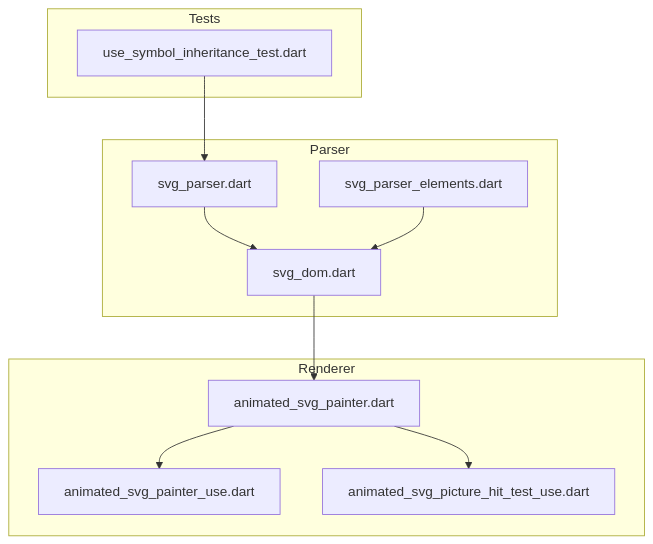
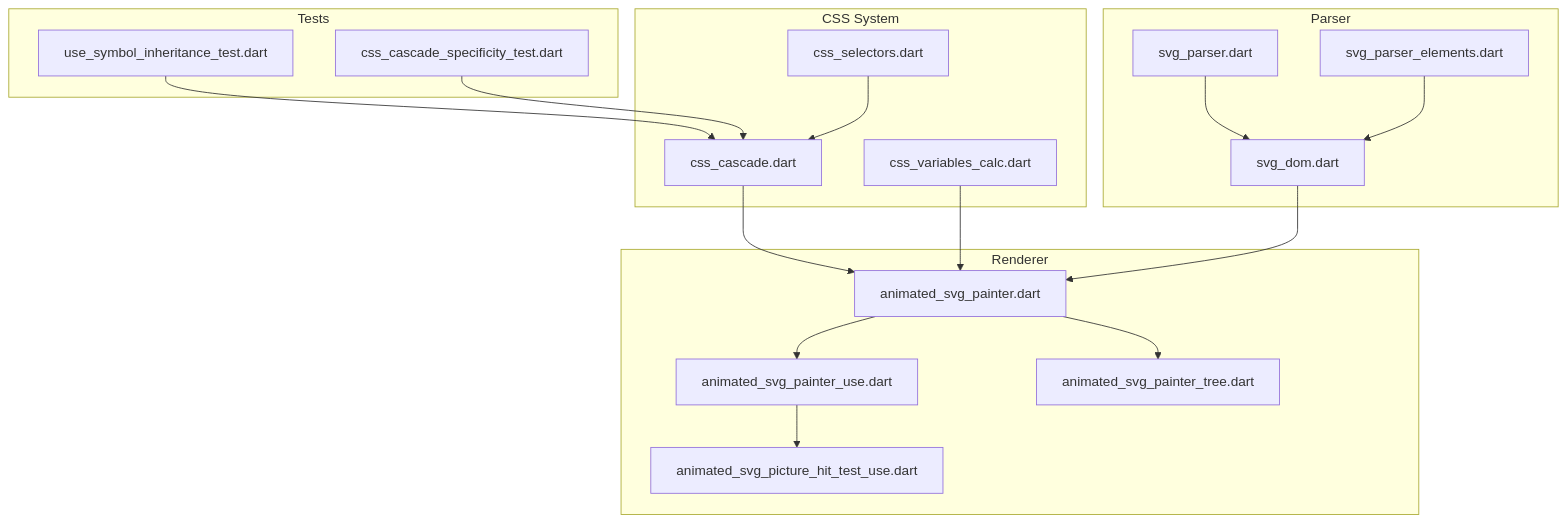
Before and after one commit to denisnadey/flutter_full_svg_support: the first of 10 diagrams in .qoder/repowiki/en/content/Advanced Features/Use Element Symbol Inheritance.md, drawn with Mermaid. The commit also changed other lines of this file and 30 other files, not shown here.

First line of the commit message:
feat(svg): enhance use element symbol inheritance with full CSS cascade support

````diff
--- a/.qoder/repowiki/en/content/Advanced Features/Use Element Symbol Inheritance.md
+++ b/.qoder/repowiki/en/content/Advanced Features/Use Element Symbol Inheritance.md
@@ -36,22 +53,34 @@
 ```mermaid
 graph TB
 subgraph "Tests"
 T1["use_symbol_inheritance_test.dart"]
+T2["css_cascade_specificity_test.dart"]
+end
+subgraph "CSS System"
+C1["css_cascade.dart"]
+C2["css_selectors.dart"]
+C3["css_variables_calc.dart"]
 end
 subgraph "Parser"
 P1["svg_parser.dart"]
 P2["svg_parser_elements.dart"]
 D1["svg_dom.dart"]
 end
 subgraph "Renderer"
 R1["animated_svg_painter.dart"]
 R2["animated_svg_painter_use.dart"]
+R3["animated_svg_painter_tree.dart"]
 H1["animated_svg_picture_hit_test_use.dart"]
 end
-T1 --> P1
+T1 --> C1
+T2 --> C1
+C1 --> R1
+C2 --> C1
+C3 --> R1
 P1 --> D1
 P2 --> D1
 D1 --> R1
 R1 --> R2
-R1 --> H1
+R1 --> R3
+R2 --> H1
 ```
````
